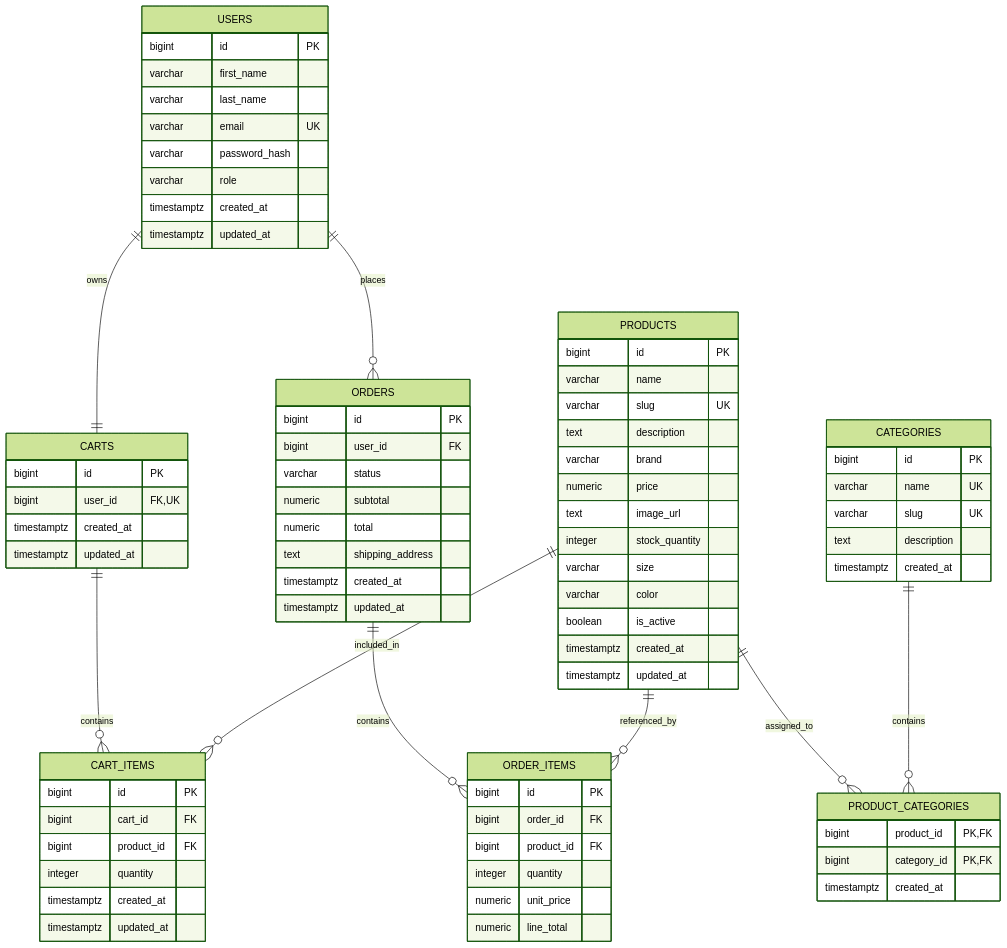
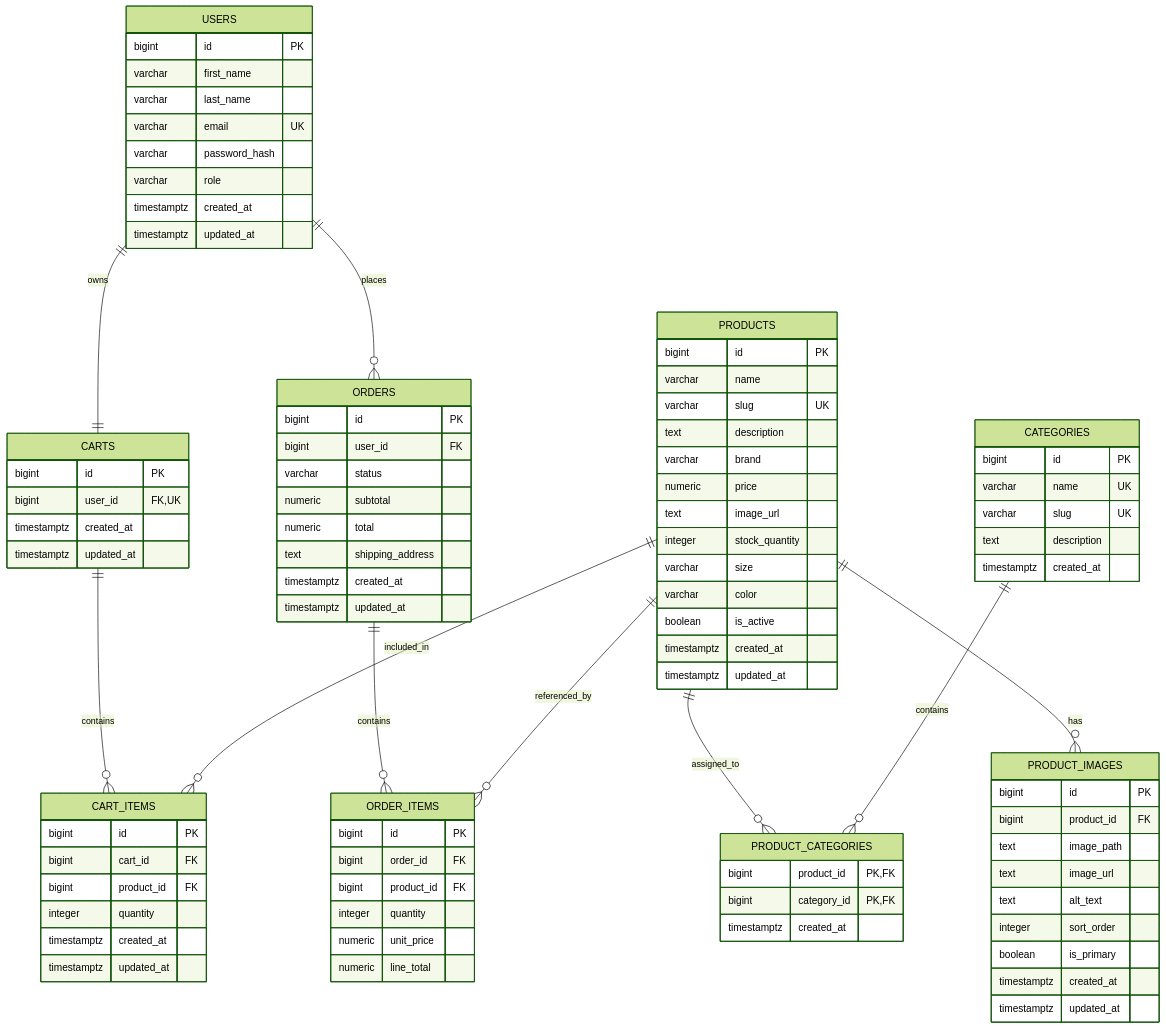
Before and after one commit to AbdulRehman-op/SoleX_e_commerece_website: the diagram in SPRINT_1.md, drawn with Mermaid (forest theme). The commit also changed other lines of this file and 1 other file, not shown here.

```diff
--- a/SPRINT_1.md
+++ b/SPRINT_1.md
@@ -128,6 +154,7 @@
     PRODUCTS ||--o{ ORDER_ITEMS : referenced_by
     PRODUCTS ||--o{ PRODUCT_CATEGORIES : assigned_to
     CATEGORIES ||--o{ PRODUCT_CATEGORIES : contains
+    PRODUCTS ||--o{ PRODUCT_IMAGES : has
 
     USERS {
         bigint id PK
@@ -170,6 +197,18 @@
         timestamptz created_at
     }
 
+    PRODUCT_IMAGES {
+        bigint id PK
+        bigint product_id FK
+        text image_path
+        text image_url
+        text alt_text
+        integer sort_order
+        boolean is_primary
+        timestamptz created_at
+        timestamptz updated_at
+    }
+
     CARTS {
         bigint id PK
         bigint user_id FK, UK
```
